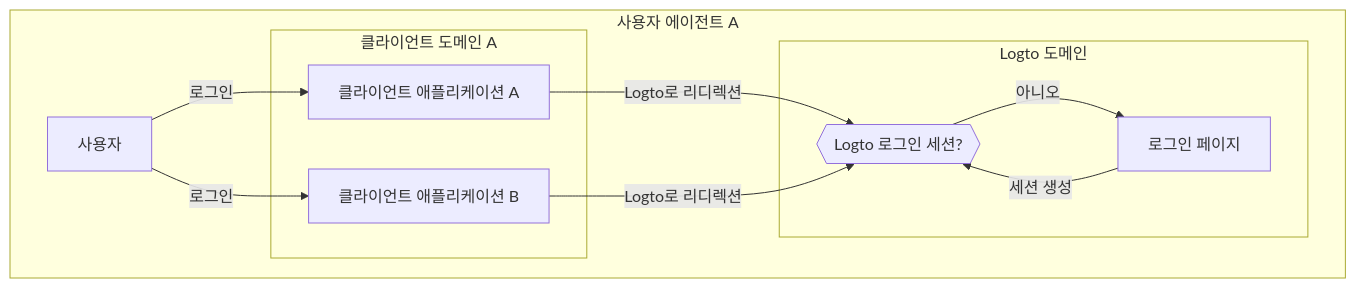
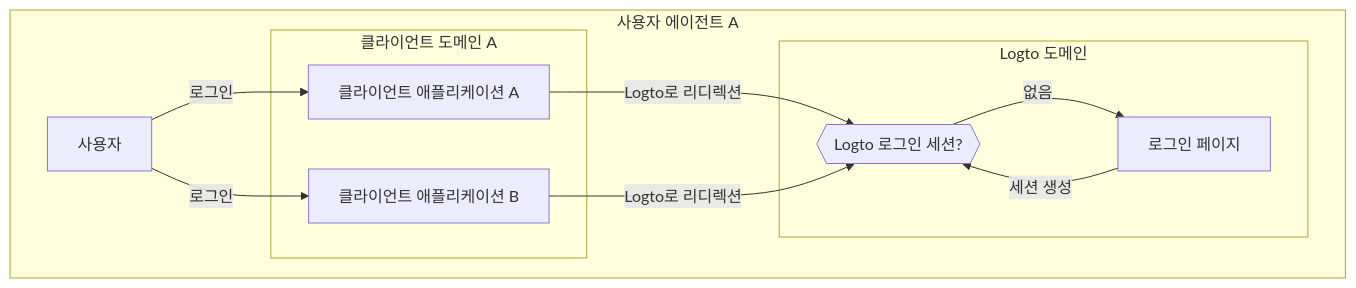
One commit to logto-io/docs changed the second of 3 diagrams in i18n/ko/docusaurus-plugin-content-docs/current/end-user-flows/sign-out.mdx. Above: the diagram before and after it, drawn with Mermaid. The commit also changed other lines of this file and 67 other files, not shown here.

````diff
--- a/i18n/ko/docusaurus-plugin-content-docs/current/end-user-flows/sign-out.mdx
+++ b/i18n/ko/docusaurus-plugin-content-docs/current/end-user-flows/sign-out.mdx
@@ -59,26 +59,26 @@
    ```mermaid
     flowchart TD
     subgraph User [사용자 에이전트 A]
       U[사용자]
 
       subgraph Layer1 [클라이언트 도메인 A]
         A[클라이언트 애플리케이션 A]
       end
 
       subgraph Layer1 [클라이언트 도메인 B]
         B[클라이언트 애플리케이션 B]
       end
 
       subgraph Layer2 [Logto 도메인]
           C{{Logto 로그인 세션?}}
           D[로그인 페이지]
       end
     end
 
     U --> |로그인| A
     A --> |Logto로 리디렉션| C
     U --> |로그인| B
     B --> |Logto로 리디렉션| C
-    C --> |아니오| D
+    C --> |없음| D
     D --> |세션 생성| C
    ```
````
